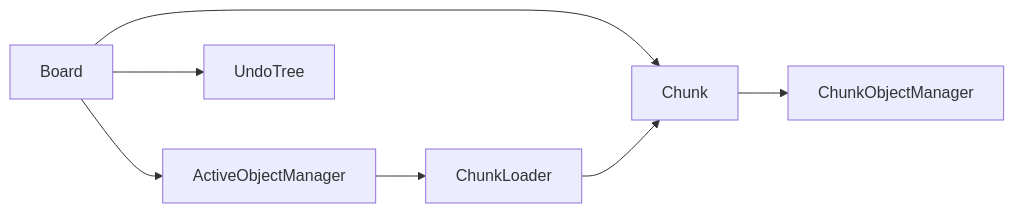
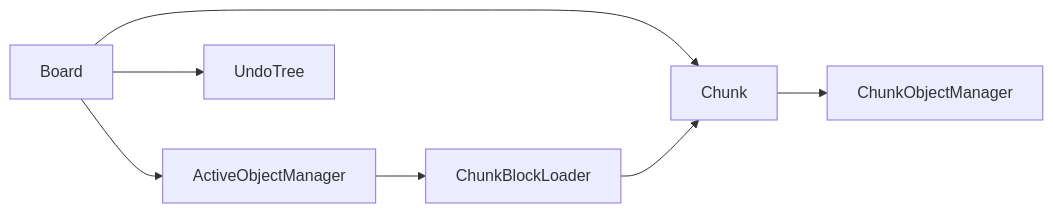
One commit to Frank-Steven/HoundWhiteboard changed the diagram in src/core/components/docs/components-document.md. Above: the diagram before and after it, drawn with Mermaid. The commit also changed other lines of this file and 29 other files, not shown here.

Commit message:
refactor(chunk): 将 chunk-loader 改为 chunk-block-loader 语义

````diff
--- a/src/core/components/docs/components-document.md
+++ b/src/core/components/docs/components-document.md
@@ -17,16 +17,16 @@
 ```mermaid
 graph LR
   Board["Board"]
   PM["Chunk"]
   POM["ChunkObjectManager"]
   AOM["ActiveObjectManager"]
-  PLM["ChunkLoader"]
+  PLM["ChunkBlockLoader"]
   UT["UndoTree"]
 
   Board --> PM
   PM --> POM
   Board --> AOM
   Board --> UT
   AOM --> PLM
   PLM --> PM
 ```
````
